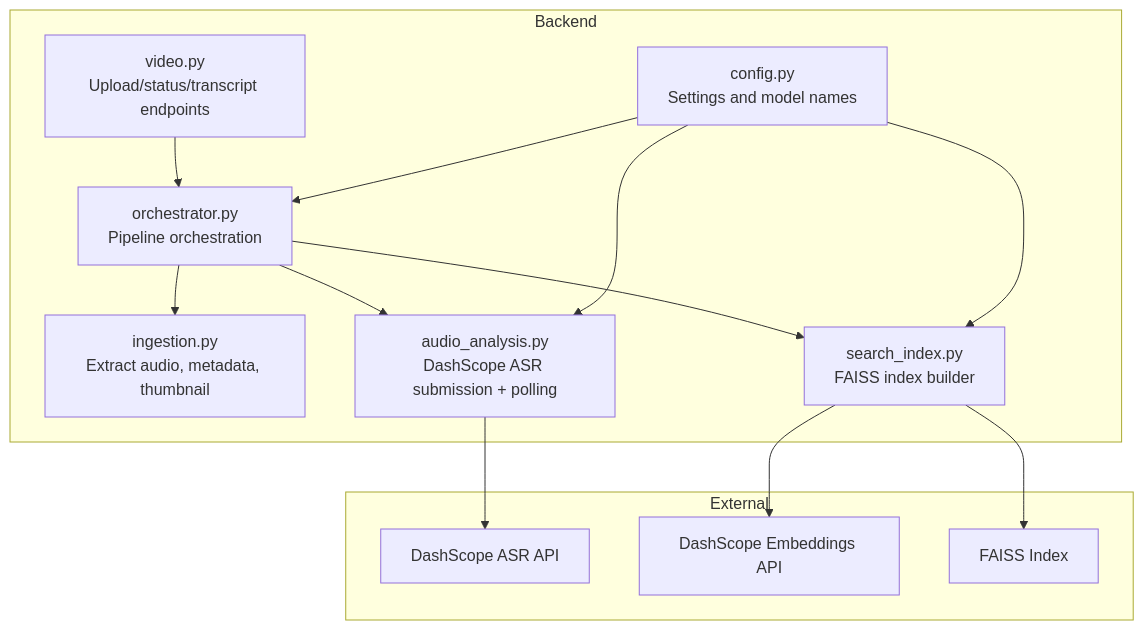
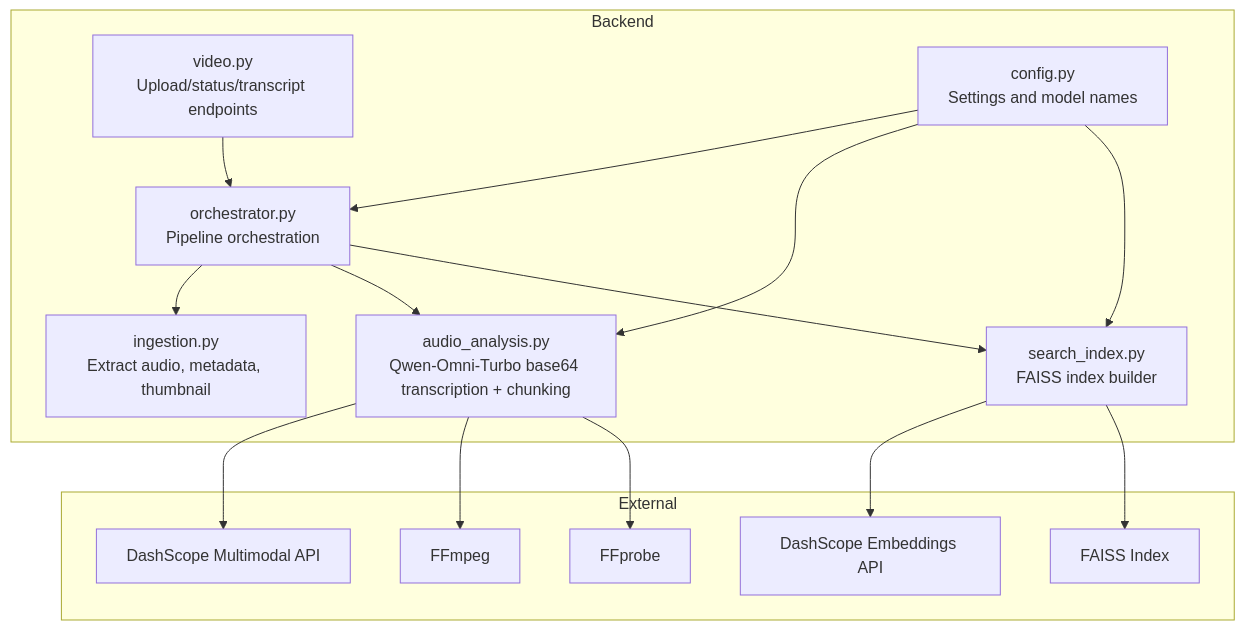
Before and after one commit to alexandreybasta-cyber/dubai-media-ai: the first of 5 diagrams in .qoder/repowiki/en/content/Media Processing Pipeline/Audio Analysis Stage.md, drawn with Mermaid. The commit also changed other lines of this file and 48 other files, not shown here.

````diff
--- a/.qoder/repowiki/en/content/Media Processing Pipeline/Audio Analysis Stage.md
+++ b/.qoder/repowiki/en/content/Media Processing Pipeline/Audio Analysis Stage.md
@@ -48,26 +50,30 @@
 ```mermaid
 graph TB
 subgraph "Backend"
 A["ingestion.py<br/>Extract audio, metadata, thumbnail"]
-B["audio_analysis.py<br/>DashScope ASR submission + polling"]
+B["audio_analysis.py<br/>Qwen-Omni-Turbo base64 transcription + chunking"]
 C["orchestrator.py<br/>Pipeline orchestration"]
 D["video.py<br/>Upload/status/transcript endpoints"]
 E["search_index.py<br/>FAISS index builder"]
 F["config.py<br/>Settings and model names"]
 end
 subgraph "External"
-G["DashScope ASR API"]
+G["DashScope Multimodal API"]
 H["DashScope Embeddings API"]
 I["FAISS Index"]
+J["FFmpeg"]
+K["FFprobe"]
 end
 C --> A
 C --> B
 C --> E
 D --> C
 B --> G
+B --> J
+B --> K
 E --> H
 E --> I
 F --> C
 F --> B
 F --> E
 ```
````
